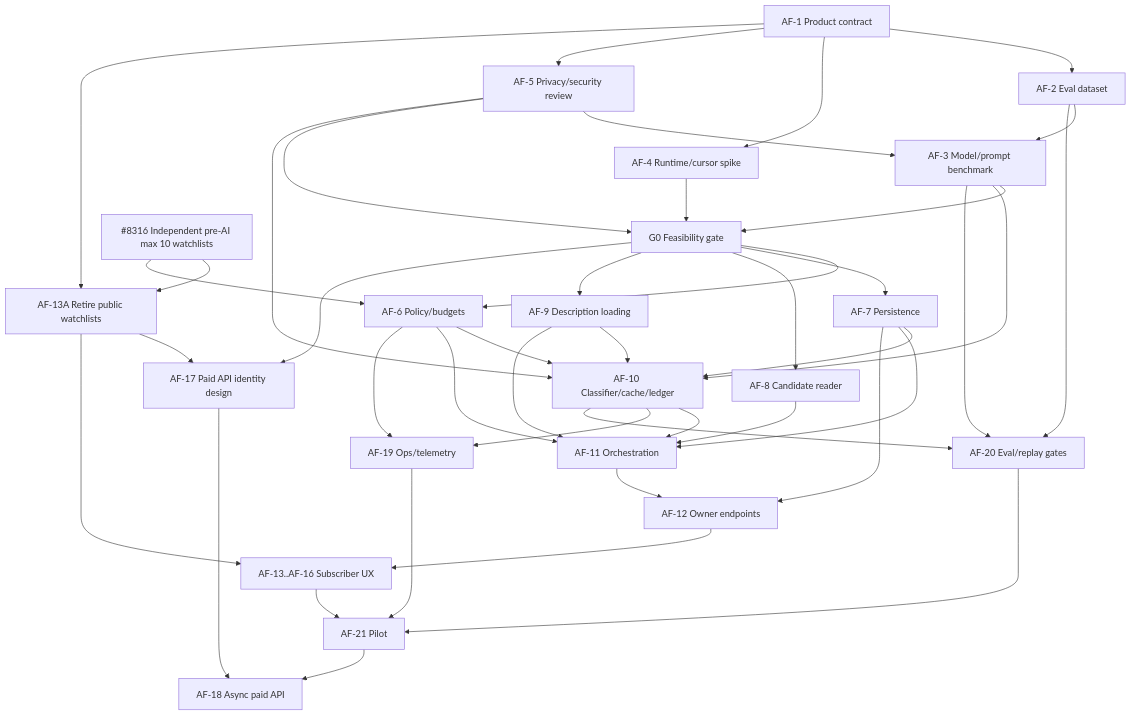
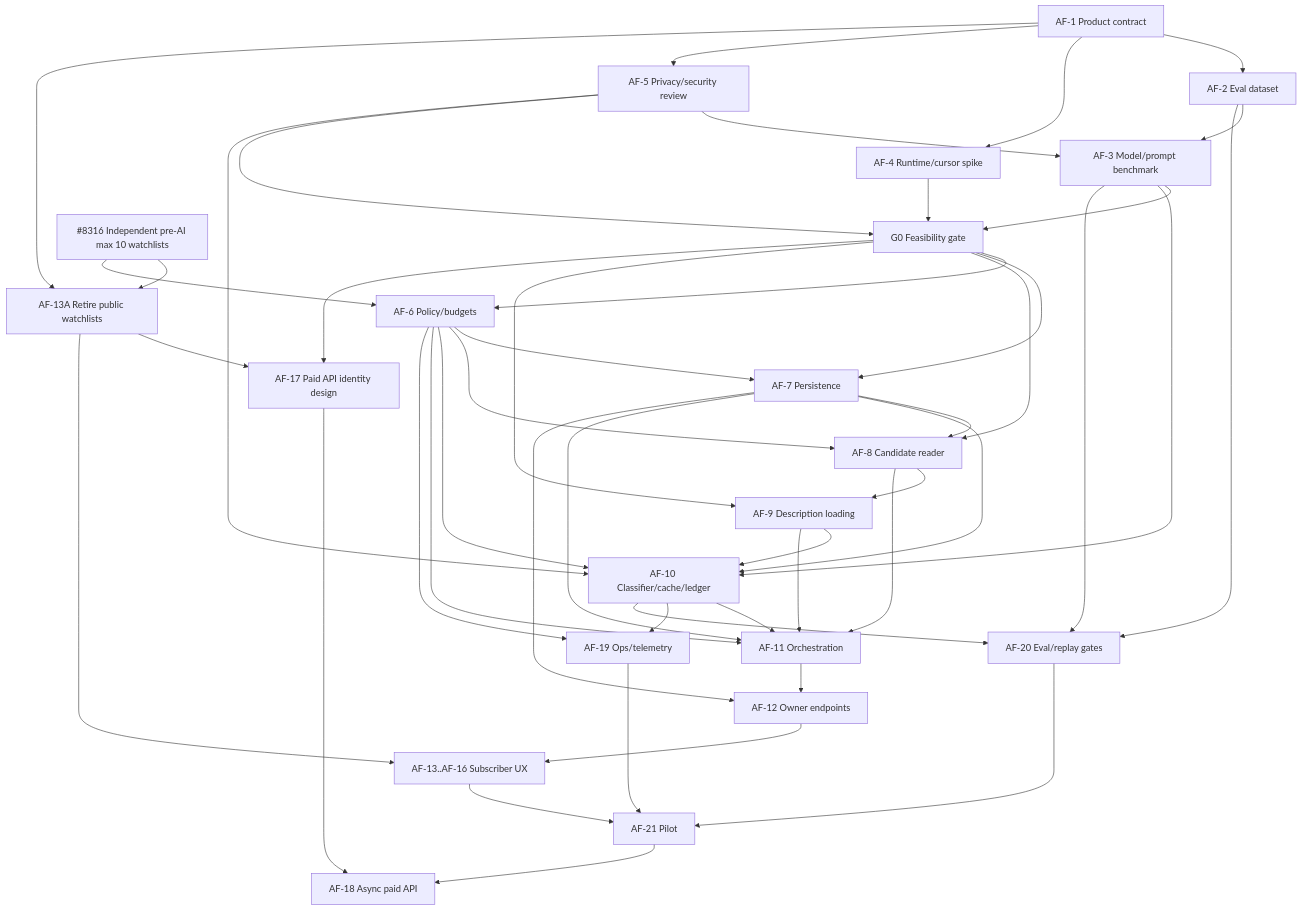
Before and after one commit to colophon-group/jobseek: the second of 2 diagrams in docs/24-ai-filter.md, drawn with Mermaid.

Commit message:
Complete AI foundation dependency edges

````diff
--- a/docs/24-ai-filter.md
+++ b/docs/24-ai-filter.md
@@ -1674,45 +1674,49 @@
 ```mermaid
 flowchart TD
     A1["AF-1 Product contract"] --> A2["AF-2 Eval dataset"]
     A1 --> A4["AF-4 Runtime/cursor spike"]
     A1 --> A5["AF-5 Privacy/security review"]
     A2 --> A3["AF-3 Model/prompt benchmark"]
     A5 --> A3
     A3 --> G0["G0 Feasibility gate"]
     A4 --> G0
     A5 --> G0
     L["#8316 Independent pre-AI max 10 watchlists"]
     A1 --> W["AF-13A Retire public watchlists"]
     L --> W
     G0 --> F6["AF-6 Policy/budgets"]
     G0 --> F7["AF-7 Persistence"]
     G0 --> F8["AF-8 Candidate reader"]
     G0 --> F9["AF-9 Description loading"]
     L --> F6
+    F6 --> F7
+    F6 --> F8
+    F7 --> F8
+    F8 --> F9
     A3 --> F10["AF-10 Classifier/cache/ledger"]
     A5 --> F10
     F6 --> F10
     F7 --> F10
     F9 --> F10
     F6 --> F11["AF-11 Orchestration"]
     F7 --> F11
     F8 --> F11
     F9 --> F11
     F10 --> F11
     F7 --> F12["AF-12 Owner endpoints"]
     F11 --> F12
     G0 --> I["AF-17 Paid API identity design"]
     W --> I
     F12 --> U["AF-13..AF-16 Subscriber UX"]
     W --> U
     F6 --> O19["AF-19 Ops/telemetry"]
     F10 --> O19
     A2 --> O20["AF-20 Eval/replay gates"]
     A3 --> O20
     F10 --> O20
     U --> P["AF-21 Pilot"]
     O19 --> P
     O20 --> P
     I --> API["AF-18 Async paid API"]
     P --> API
 ```
````
